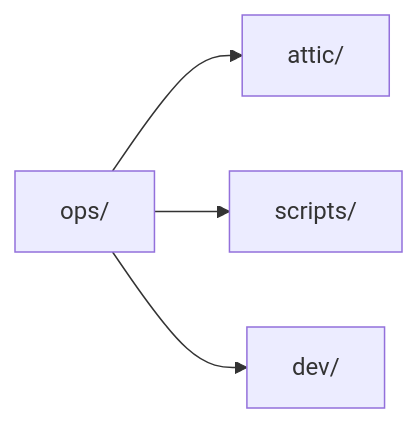
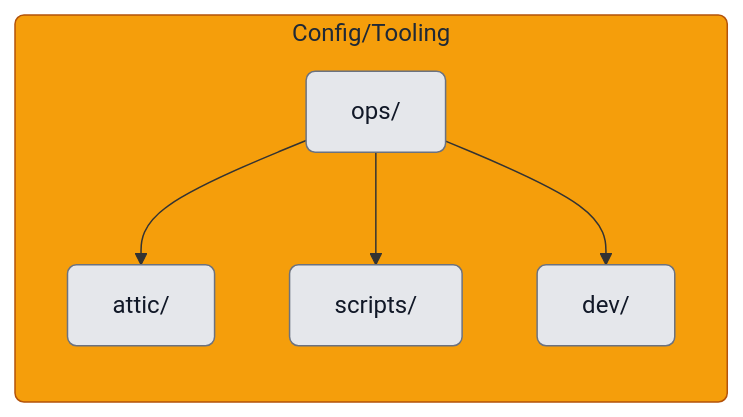
Before and after one commit to kpm34/college-football-fantasy-app: the diagram in docs/diagrams/directory-map/chapters/ops.md, drawn with Mermaid. The commit also changed 18 other files, not shown here.

Commit message:
feat(docs): update Directory Map diagrams to new guide; move diagrams to full-width container; enlarge diagram viewport and controls

````diff
--- a/docs/diagrams/directory-map/chapters/ops.md
+++ b/docs/diagrams/directory-map/chapters/ops.md
@@ -6,6 +6,12 @@
 ```mermaid
 graph LR
-  O[ops/] --> O1[attic/]
-  O --> O2[scripts/]
-  O --> O3[dev/]
+  classDef folder fill:#e5e7eb,stroke:#6b7280,color:#111827,rx:6,ry:6
+  classDef tooling fill:#f59e0b,stroke:#b45309,color:#1f2937,rx:6,ry:6
+
+  subgraph TOOLING[Config/Tooling]
+    O[ops/]:::folder --> O1[attic/]:::folder
+    O --> O2[scripts/]:::folder
+    O --> O3[dev/]:::folder
+  end
+  class TOOLING tooling;
 ```
````
